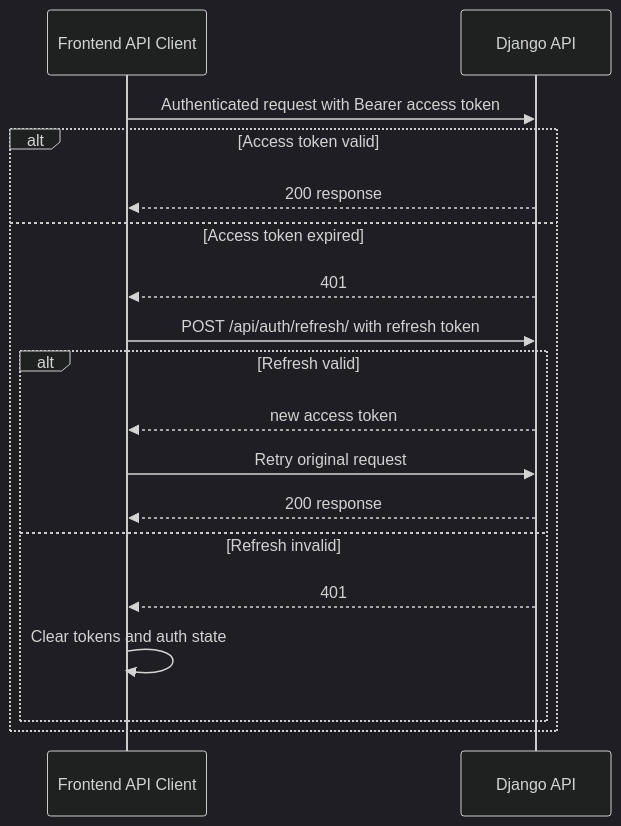
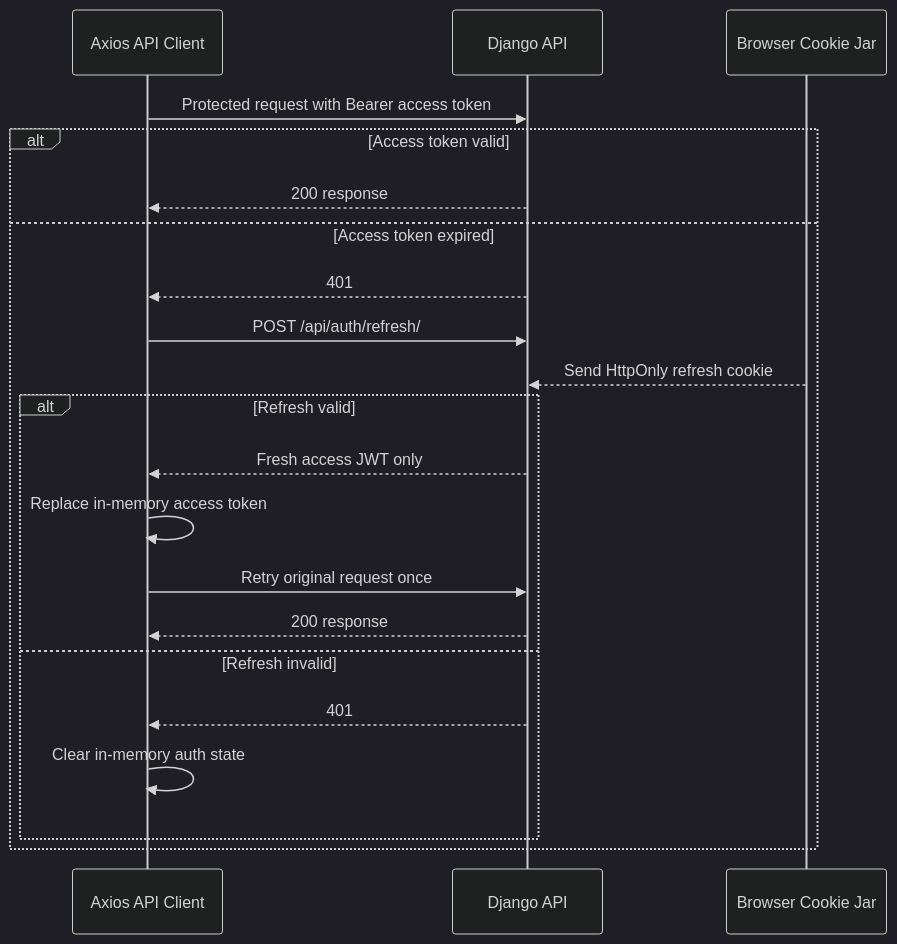
The third of 14 diagrams in architecture/06-runtime-flows.md (avocadoise/EnvergaArena), drawn with Mermaid (dark theme) before and after one commit. The commit also changed other lines of this file and 1 other file, not shown here.

Commit message:
feat: enhance security documentation with detailed authentication flow and token management

````diff
--- a/architecture/06-runtime-flows.md
+++ b/architecture/06-runtime-flows.md
@@ -26,21 +58,24 @@
 ```mermaid
 sequenceDiagram
-    participant FE as Frontend API Client
+    participant FE as Axios API Client
     participant API as Django API
+    participant C as Browser Cookie Jar
 
-    FE->>API: Authenticated request with Bearer access token
+    FE->>API: Protected request with Bearer access token
     alt Access token valid
         API-->>FE: 200 response
     else Access token expired
         API-->>FE: 401
-        FE->>API: POST /api/auth/refresh/ with refresh token
+        FE->>API: POST /api/auth/refresh/
+        C-->>API: Send HttpOnly refresh cookie
         alt Refresh valid
-            API-->>FE: new access token
-            FE->>API: Retry original request
+            API-->>FE: Fresh access JWT only
+            FE->>FE: Replace in-memory access token
+            FE->>API: Retry original request once
             API-->>FE: 200 response
         else Refresh invalid
             API-->>FE: 401
-            FE->>FE: Clear tokens and auth state
+            FE->>FE: Clear in-memory auth state
         end
     end
 ```
````
